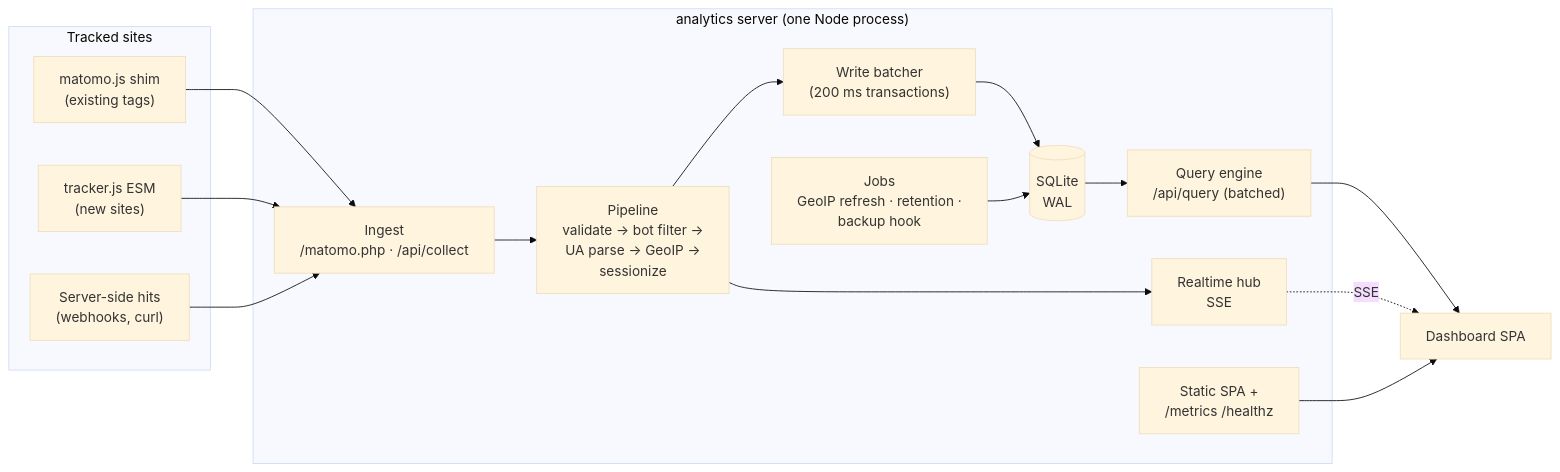
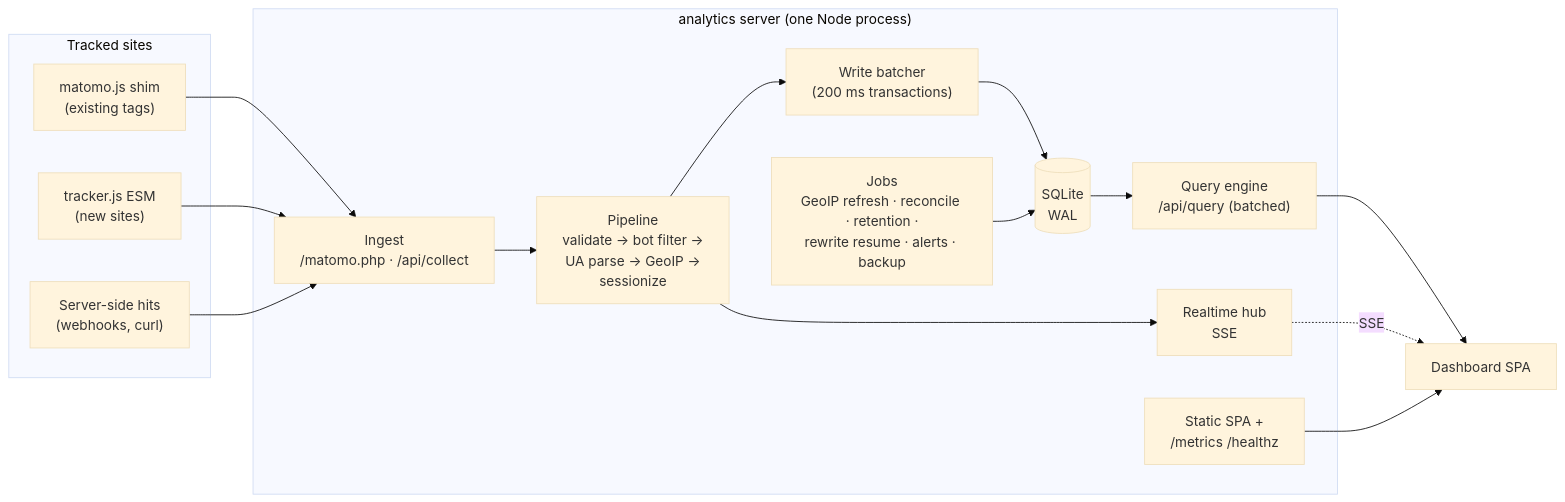
The diagram in docs/02-architecture.md (garyo/featherstat), drawn with Mermaid (base theme) before and after one commit. The commit also changed other lines of this file and 27 other files, not shown here.

````diff
--- a/docs/02-architecture.md
+++ b/docs/02-architecture.md
@@ -10,32 +10,32 @@
 ```mermaid
 flowchart LR
   subgraph Browsers["Tracked sites"]
     T1["matomo.js shim<br/>(existing tags)"]
     T2["tracker.js ESM<br/>(new sites)"]
     T3["Server-side hits<br/>(webhooks, curl)"]
   end
 
   subgraph Server["analytics server (one Node process)"]
     IN["Ingest<br/>/matomo.php · /api/collect"]
     PIPE["Pipeline<br/>validate → bot filter →<br/>UA parse → GeoIP →<br/>sessionize"]
     Q["Write batcher<br/>(200 ms transactions)"]
     DB[("SQLite<br/>WAL")]
     QE["Query engine<br/>/api/query (batched)"]
     RT["Realtime hub<br/>SSE"]
-    JOBS["Jobs<br/>GeoIP refresh · retention ·<br/>backup hook"]
+    JOBS["Jobs<br/>GeoIP refresh · reconcile · retention ·<br/>rewrite resume · alerts · backup"]
     SPA["Static SPA +<br/>/metrics /healthz"]
   end
 
   UI["Dashboard SPA"]
 
   T1 --> IN
   T2 --> IN
   T3 --> IN
   IN --> PIPE --> Q --> DB
   PIPE --> RT
   DB --> QE
   QE --> UI
   RT -. SSE .-> UI
   SPA --> UI
   JOBS --> DB
 ```
````
